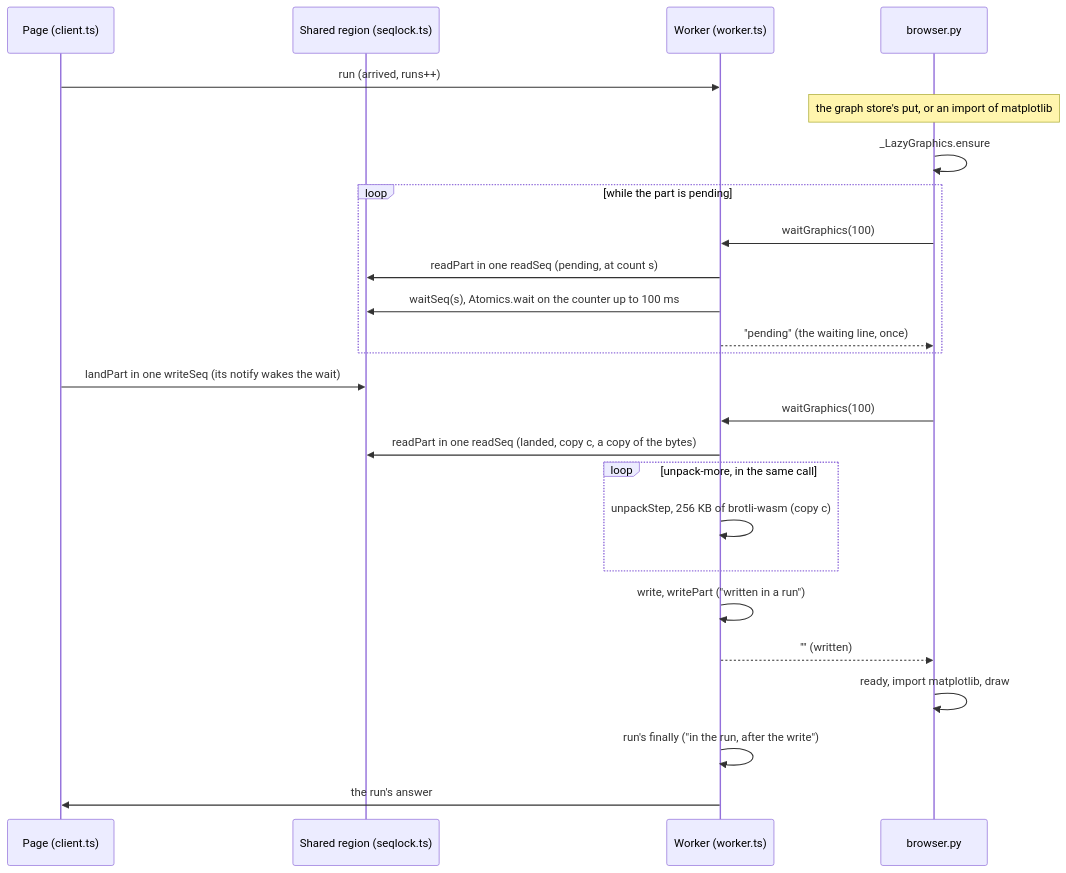
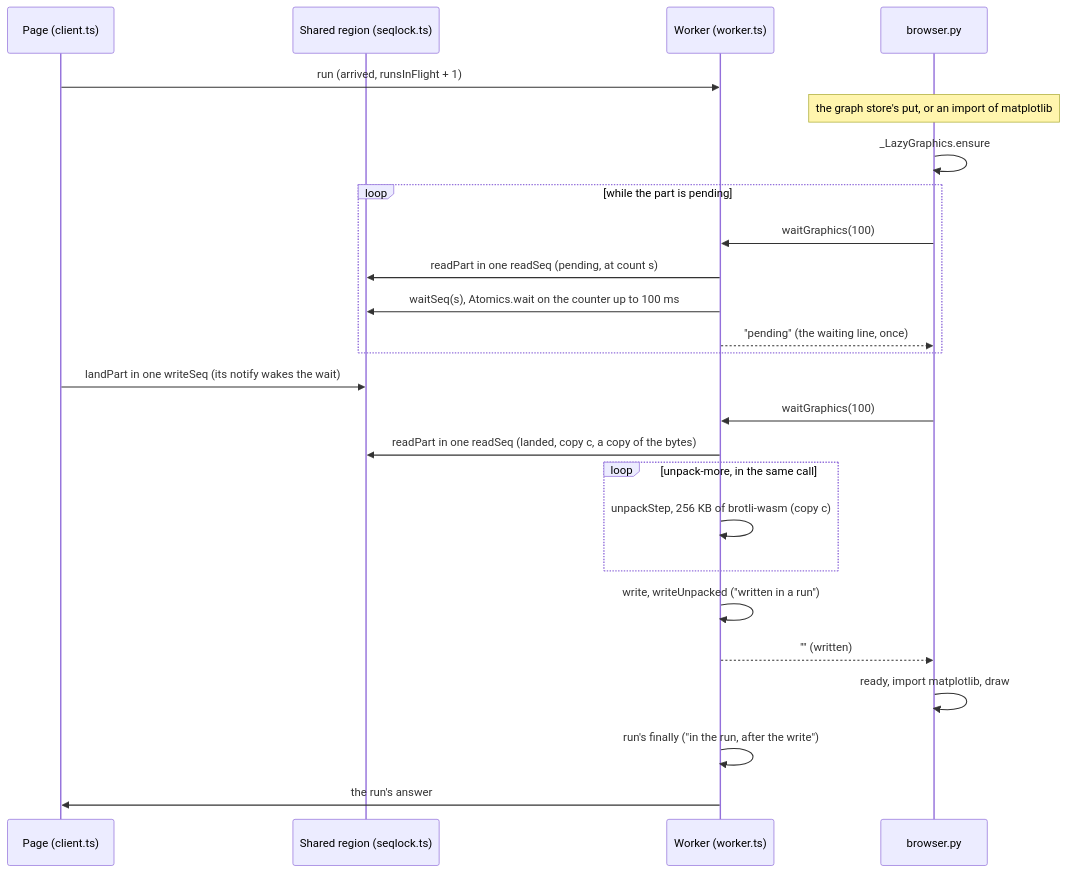
Before and after one commit to jeffzyliu/dofile: the second of 6 diagrams in docs/design/lazy-graphics.md, drawn with Mermaid. The commit also changed other lines of this file and 1 other file, not shown here.

````diff
--- a/docs/design/lazy-graphics.md
+++ b/docs/design/lazy-graphics.md
@@ -120,27 +120,27 @@
 ```mermaid
 sequenceDiagram
     participant P as Page (client.ts)
     participant B as Shared region (seqlock.ts)
     participant W as Worker (worker.ts)
     participant Y as browser.py
-    P->>W: run (arrived, runs++)
+    P->>W: run (arrived, runsInFlight + 1)
     Note over Y: the graph store's put, or an import of matplotlib
     Y->>Y: _LazyGraphics.ensure
     loop while the part is pending
         Y->>W: waitGraphics(100)
         W->>B: readPart in one readSeq (pending, at count s)
         W->>B: waitSeq(s), Atomics.wait on the counter up to 100 ms
         W-->>Y: "pending" (the waiting line, once)
     end
     P->>B: landPart in one writeSeq (its notify wakes the wait)
     Y->>W: waitGraphics(100)
     W->>B: readPart in one readSeq (landed, copy c, a copy of the bytes)
     loop unpack-more, in the same call
         W->>W: unpackStep, 256 KB of brotli-wasm (copy c)
     end
-    W->>W: write, writePart ("written in a run")
+    W->>W: write, writeUnpacked ("written in a run")
     W-->>Y: "" (written)
     Y->>Y: ready, import matplotlib, draw
     W->>W: run's finally ("in the run, after the write")
     W->>P: the run's answer
 ```
````
